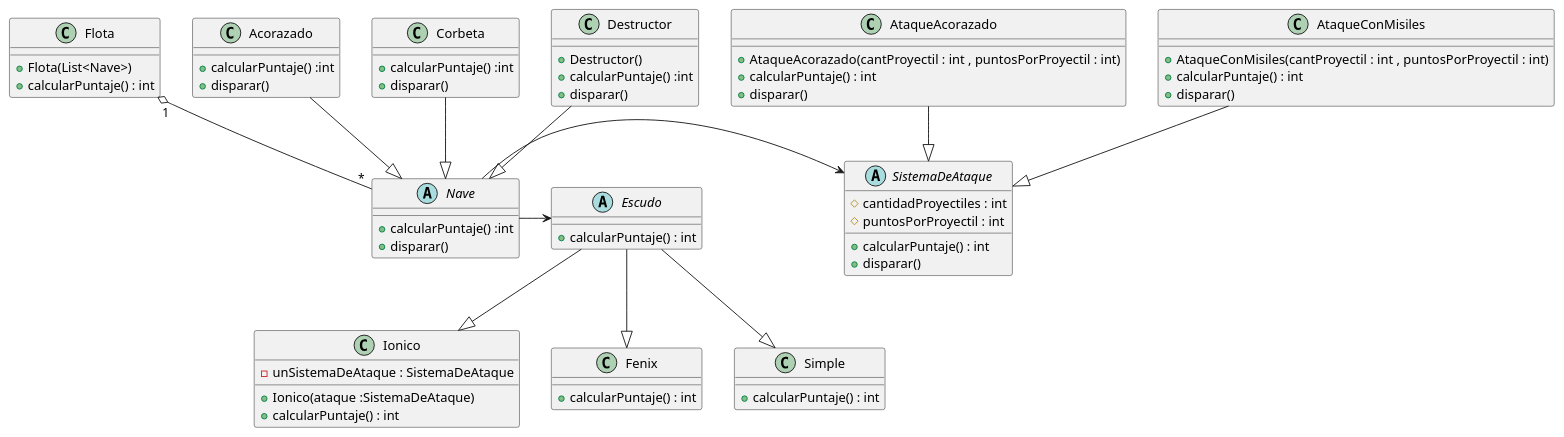
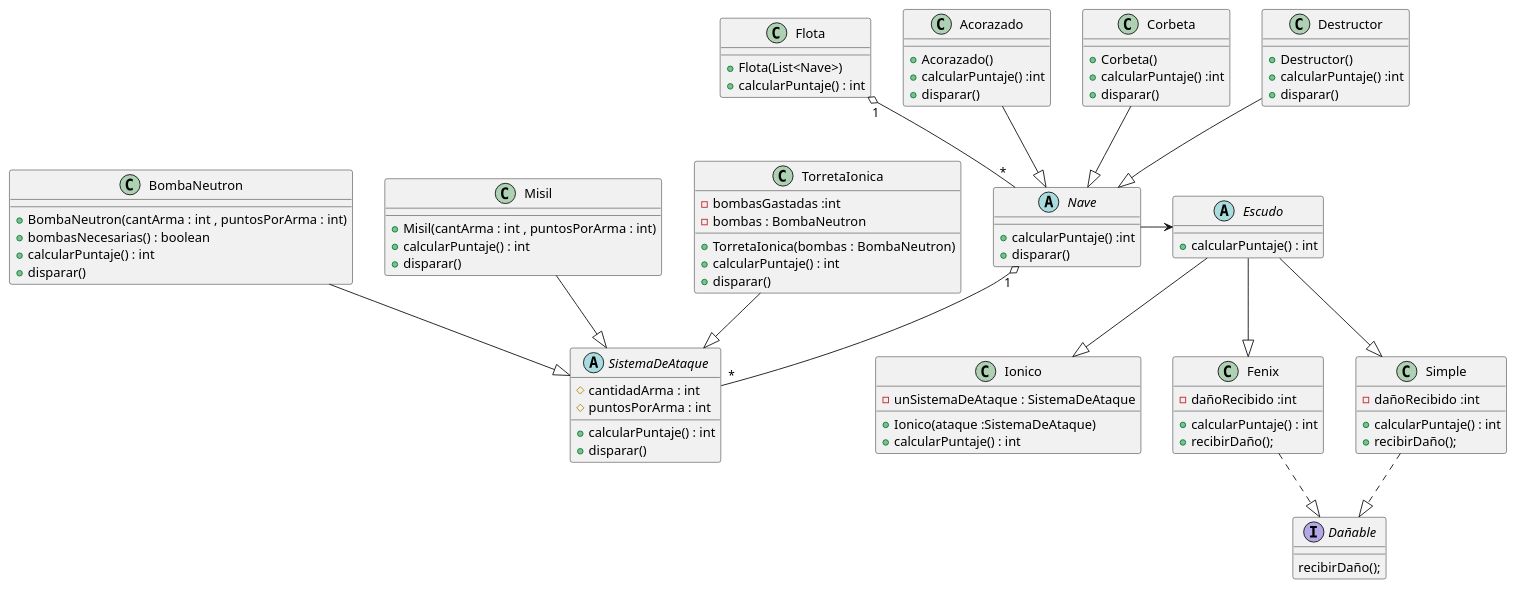
Before and after one commit to Mortha4/algoritmos3-parciales-Suarez: the diagram in NaveEspacial/Diagrama/clases.puml, drawn with PlantUML. The commit also changed 5 other files, not shown here.

```diff
--- a/NaveEspacial/Diagrama/clases.puml
+++ b/NaveEspacial/Diagrama/clases.puml
@@ -1,107 +1,135 @@
 @startuml
 
 class Flota{
 
     +Flota(List<Nave>)
     +calcularPuntaje() : int
 }
 
 
 
 class Acorazado{
 
+    +Acorazado()
     +calcularPuntaje() :int 
     +disparar()
 }
 
 class Corbeta {
 
+    +Corbeta()
     +calcularPuntaje() :int 
     +disparar()
 
 
 }
 
 class Destructor {
 
 
     +Destructor()
     +calcularPuntaje() :int 
     +disparar()
 
 }
 
 abstract class Nave{
 
     +calcularPuntaje() :int 
     +disparar()
 }
 
 abstract class SistemaDeAtaque{
-    #cantidadProyectiles : int
-    #puntosPorProyectil : int
+    #cantidadArma : int
+    #puntosPorArma : int
 
     +calcularPuntaje() : int
     +disparar()
 }
 
-class AtaqueAcorazado{
+class BombaNeutron{
 
-    +AtaqueAcorazado(cantProyectil : int , puntosPorProyectil : int)
+    +BombaNeutron(cantArma : int , puntosPorArma : int)
+    +bombasNecesarias() : boolean
     +calcularPuntaje() : int
     +disparar() 
 
+
 }
 
-class AtaqueConMisiles{
+class Misil{
 
-    +AtaqueConMisiles(cantProyectil : int , puntosPorProyectil : int)
+    +Misil(cantArma : int , puntosPorArma : int)
     +calcularPuntaje() : int
     +disparar()
 
 }
+
+class TorretaIonica{
+    -bombasGastadas :int
+    -bombas : BombaNeutron
+
+    +TorretaIonica(bombas : BombaNeutron)
+    +calcularPuntaje() : int
+    +disparar()
+
+}
+
+
 
 
 
 abstract class Escudo{
 
     +calcularPuntaje() : int
 }
 
 class Ionico{
     -unSistemaDeAtaque : SistemaDeAtaque
 
     +Ionico(ataque :SistemaDeAtaque)
     +calcularPuntaje() : int
 }
 
 class Fenix{
+    -dañoRecibido :int
+
     +calcularPuntaje() : int
+    +recibirDaño();
 
 }
 
 class Simple{
+    -dañoRecibido :int
+    
     +calcularPuntaje() : int
-
-
+    +recibirDaño();
 
 }
 
-AtaqueAcorazado --|> SistemaDeAtaque
-AtaqueConMisiles --|> SistemaDeAtaque
+interface Dañable{
+    recibirDaño();
+}
+
+TorretaIonica --|> SistemaDeAtaque
+BombaNeutron --|> SistemaDeAtaque
+Misil --|> SistemaDeAtaque
 Escudo --|> Ionico
 Escudo --|> Fenix
 Escudo --|> Simple
 
 Destructor --|> Nave
 Corbeta --|> Nave
 Acorazado --|> Nave
 
-Nave -> SistemaDeAtaque
+Nave "1" o-- "*" SistemaDeAtaque
 Nave -> Escudo
 
 Flota "1" o-- "*" Nave
 
+Fenix ..|> Dañable
+Simple ..|> Dañable
+
 
 
 @enduml
```
